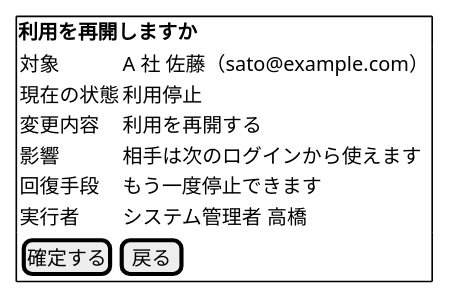
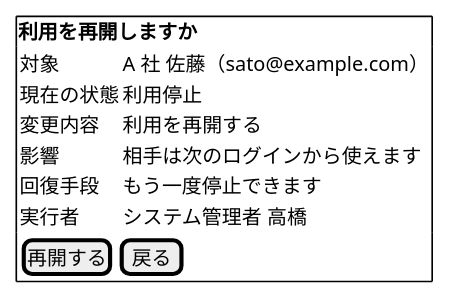
Diagram 28 of 36 in docs/design/cargo-tracker/ui_design.md (k2works/practical-domain-driven-design-in-enterpris-application), drawn with PlantUML before and after one commit. The commit also changed other lines of this file and 7 other files, not shown here.

````diff
--- a/docs/design/cargo-tracker/ui_design.md
+++ b/docs/design/cargo-tracker/ui_design.md
@@ -1187,16 +1187,16 @@
 ```plantuml
 @startsalt
 {+
   <b>利用を再開しますか
   {
     対象       | A 社 佐藤（sato@example.com）
     現在の状態 | 利用停止
     変更内容   | 利用を再開する
     影響       | 相手は次のログインから使えます
     回復手段   | もう一度停止できます
     実行者     | システム管理者 高橋
   }
-  { [ 確定する ] | [ 戻る ] }
+  { [ 再開する ] | [ 戻る ] }
 }
 @endsalt
 ```
````
